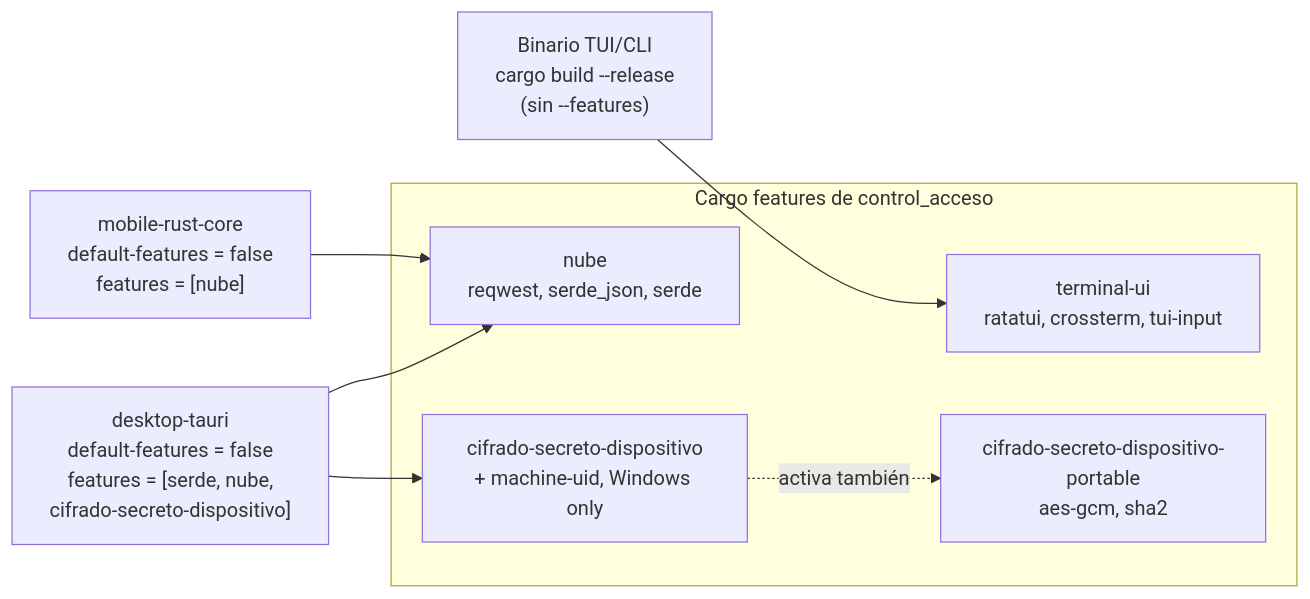
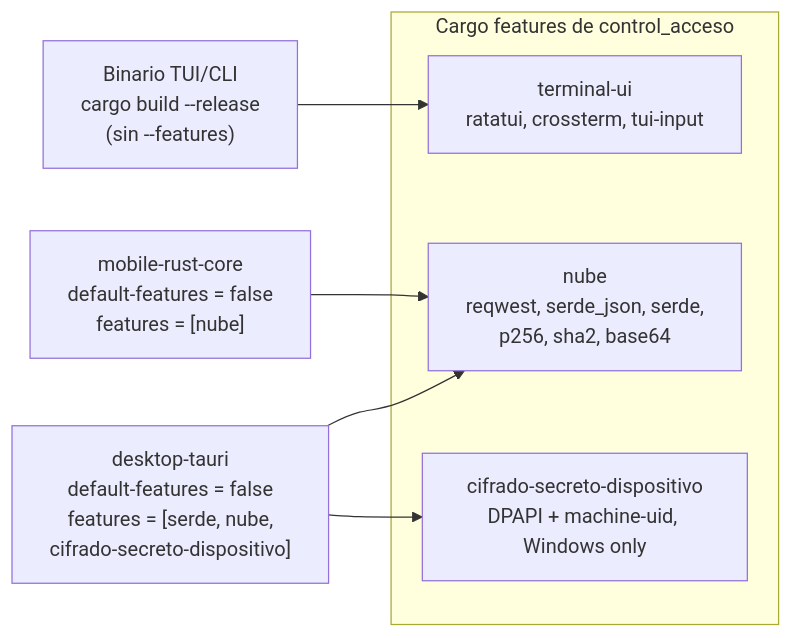
The second of 3 diagrams in docs/diagramas/diagrama-nucleo-consumidores.md (DQM27/acceso_CLI), drawn with Mermaid before and after one commit. The commit also changed other lines of this file and 8 other files, not shown here.

````diff
--- a/docs/diagramas/diagrama-nucleo-consumidores.md
+++ b/docs/diagramas/diagrama-nucleo-consumidores.md
@@ -59,17 +59,15 @@
 ```mermaid
 flowchart LR
     subgraph Flags["Cargo features de control_acceso"]
         F1["terminal-ui<br/>ratatui, crossterm, tui-input"]
-        F2["nube<br/>reqwest, serde_json, serde"]
-        F3["cifrado-secreto-dispositivo-portable<br/>aes-gcm, sha2"]
-        F4["cifrado-secreto-dispositivo<br/>+ machine-uid, Windows only"]
+        F2["nube<br/>reqwest, serde_json, serde,<br/>p256, sha2, base64"]
+        F4["cifrado-secreto-dispositivo<br/>DPAPI + machine-uid, Windows only"]
     end
 
     TUI["Binario TUI/CLI<br/>cargo build --release<br/>(sin --features)"] --> F1
 
     TAURI["desktop-tauri<br/>default-features = false<br/>features = [serde, nube,<br/>cifrado-secreto-dispositivo]"] --> F2
     TAURI --> F4
-    F4 -.->|"activa también"| F3
 
     UNIFFI["mobile-rust-core<br/>default-features = false<br/>features = [nube]"] --> F2
 ```
````
